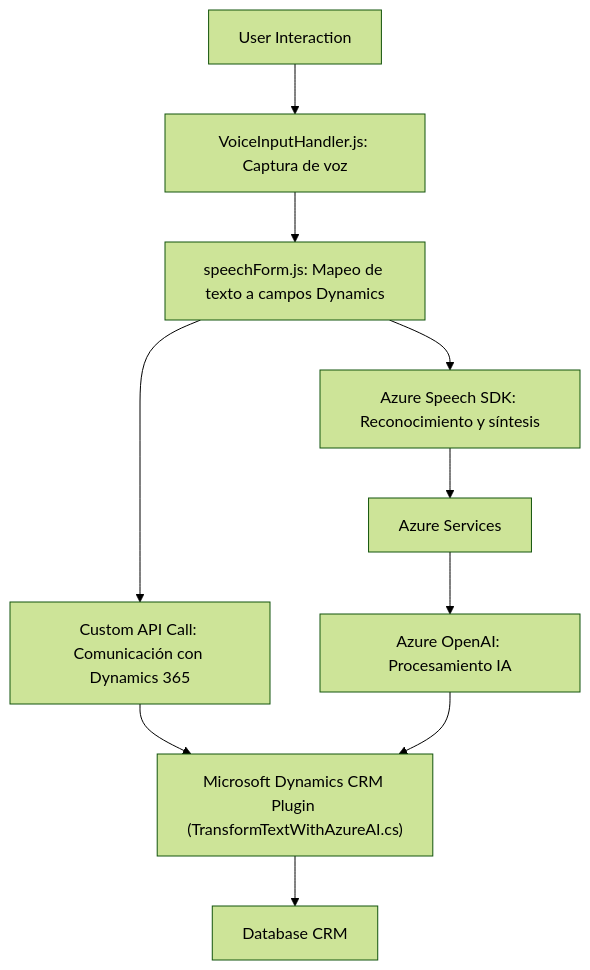
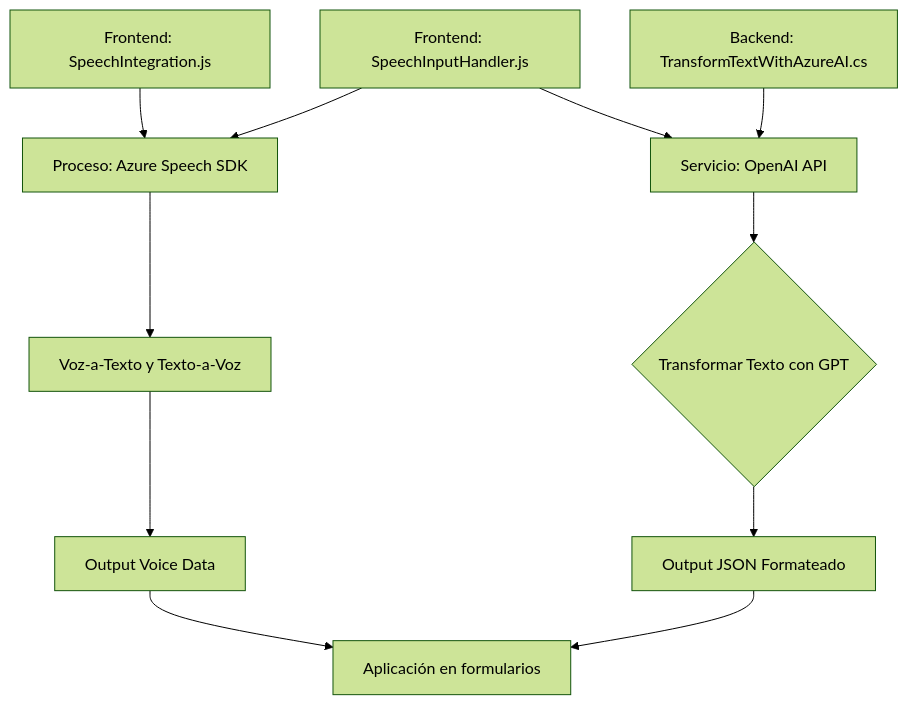
Before and after one commit to blopezdm/NETCORE_BILBAO2025: the diagram in README.md, drawn with Mermaid (forest theme). The commit also changed other lines of this file, not shown here.

Commit message:
Actualizar análisis global de la solución con IA

````diff
--- a/README.md
+++ b/README.md
@@ -45,12 +31,19 @@
 ```mermaid
 graph TD
-    A["User Interaction"] --> B["VoiceInputHandler.js: Captura de voz"]
-    B --> C["speechForm.js: Mapeo de texto a campos Dynamics"]
-    C --> D["Azure Speech SDK: Reconocimiento y síntesis"]
-    C --> E["Custom API Call: Comunicación con Dynamics 365"]
-    D --> F["Azure Services"]
-    F --> G["Azure OpenAI: Procesamiento IA"]
-    E --> H["Microsoft Dynamics CRM Plugin (TransformTextWithAzureAI.cs)"]
-    G --> H
-    H --> I["Database CRM"]
+    A["Frontend: SpeechIntegration.js"]
+    B["Frontend: SpeechInputHandler.js"]
+    C["Backend: TransformTextWithAzureAI.cs"]
+    D["Proceso: Azure Speech SDK"]
+    E["Servicio: OpenAI API"]
+
+    A --> D
+    B --> D
+    B --> E
+    C --> E
+    D --> F["Voz-a-Texto y Texto-a-Voz"]
+    E --> G{"Transformar Texto con GPT"}
+    F --> H["Output Voice Data"]
+    G --> I["Output JSON Formateado"]
+    H --> J["Aplicación en formularios"]
+    I --> J
 ```
````
